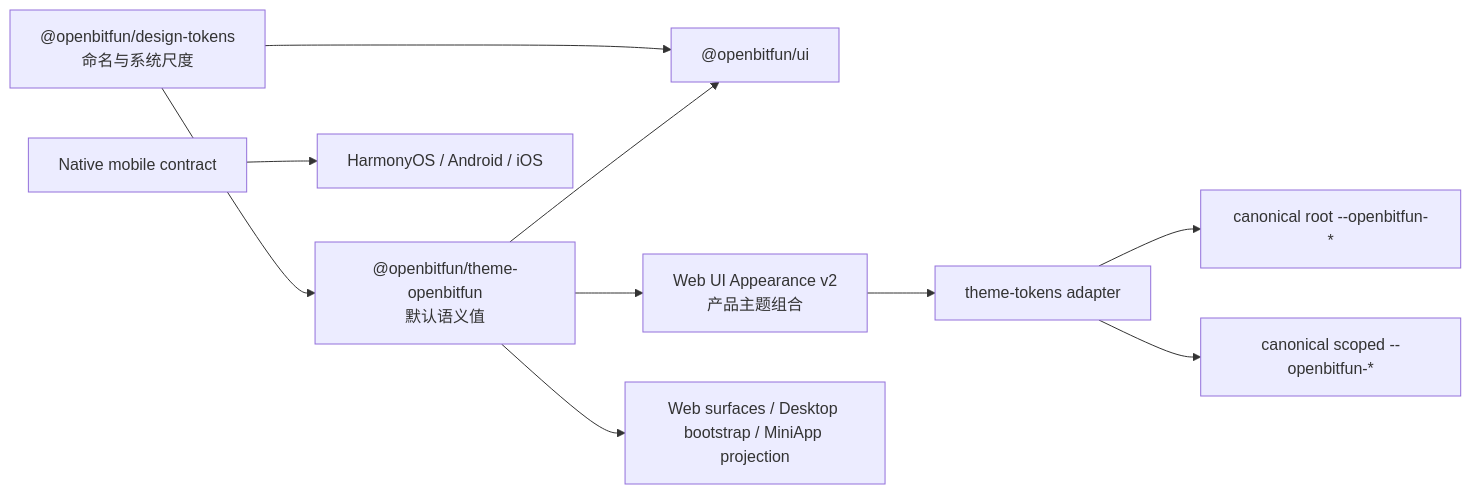
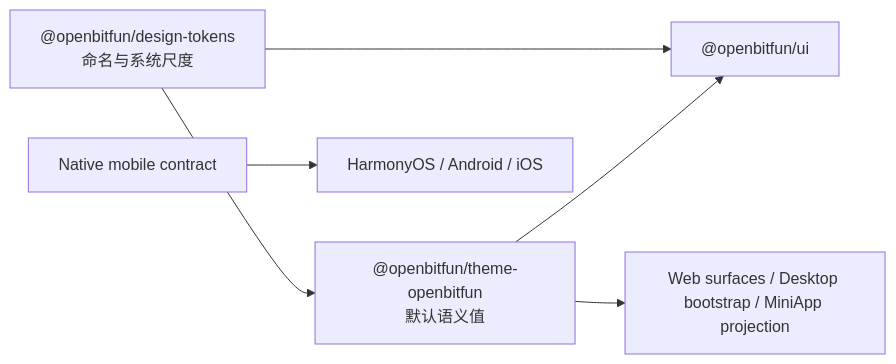
One commit to openBitFun/OpenBitFun changed the diagram in docs/architecture/theme-token-optimization.md. Above: the diagram before and after it, drawn with Mermaid. The commit also changed other lines of this file and 5378 other files, not shown here.

````diff
--- a/docs/architecture/theme-token-optimization.md
+++ b/docs/architecture/theme-token-optimization.md
@@ -35,12 +33,8 @@
 ```mermaid
 flowchart LR
   System["@openbitfun/design-tokens<br/>命名与系统尺度"] --> Theme["@openbitfun/theme-openbitfun<br/>默认语义值"]
   System --> UI["@openbitfun/ui"]
   Theme --> UI
-  Theme --> Appearance["Web UI Appearance v2<br/>产品主题组合"]
-  Appearance --> Runtime["theme-tokens adapter"]
-  Runtime --> Root["canonical root --openbitfun-*"]
-  Runtime --> Scope["canonical scoped --openbitfun-*"]
   Theme --> Surfaces["Web surfaces / Desktop bootstrap / MiniApp projection"]
   Mobile["Native mobile contract"] --> Native["HarmonyOS / Android / iOS"]
 ```
````
